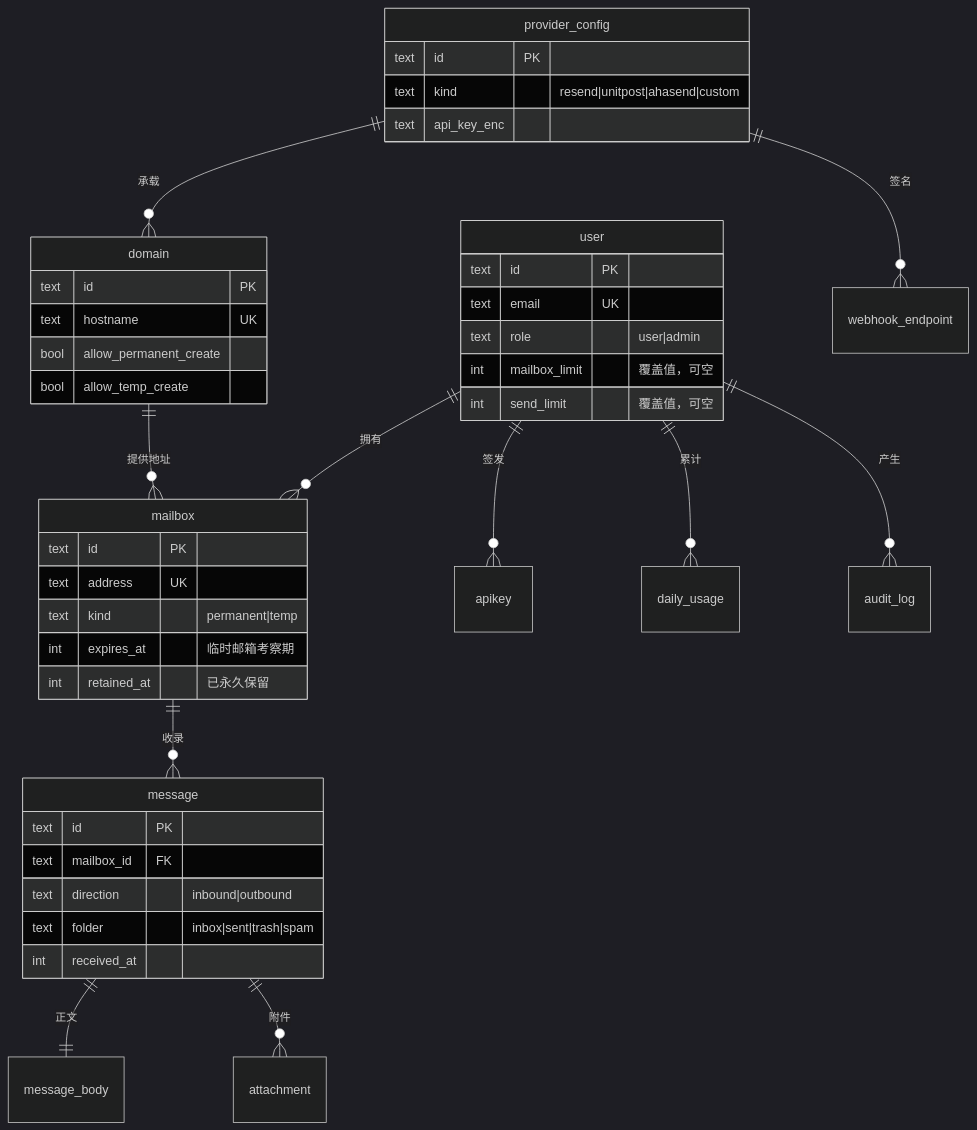
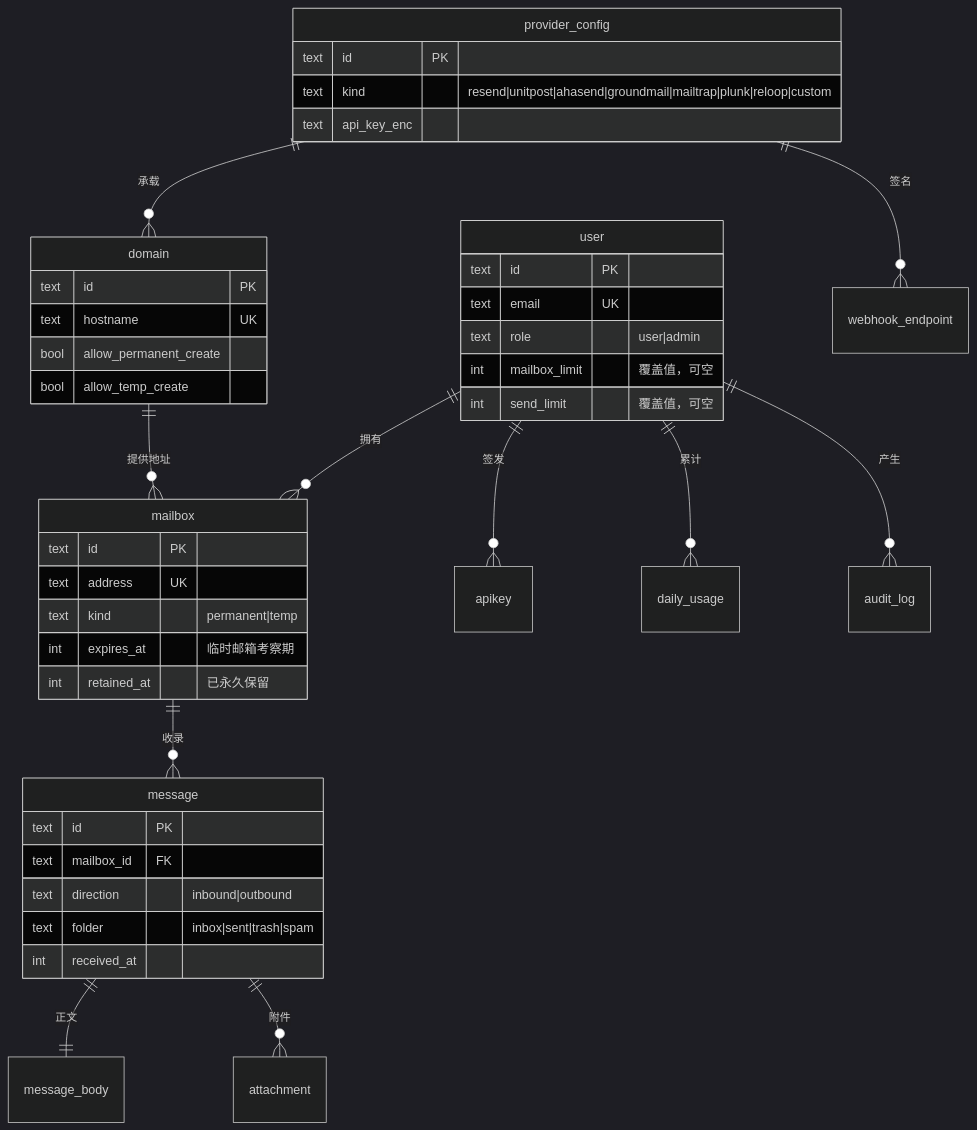
The diagram in docs/architecture.md (uvexz/asms2), drawn with Mermaid (dark theme) before and after one commit. The commit also changed other lines of this file and 9 other files, not shown here.

````diff
--- a/docs/architecture.md
+++ b/docs/architecture.md
@@ -77,46 +79,46 @@
 ```mermaid
 erDiagram
   user ||--o{ mailbox : "拥有"
   user ||--o{ apikey : "签发"
   user ||--o{ daily_usage : "累计"
   user ||--o{ audit_log : "产生"
   provider_config ||--o{ domain : "承载"
   provider_config ||--o{ webhook_endpoint : "签名"
   domain ||--o{ mailbox : "提供地址"
   mailbox ||--o{ message : "收录"
   message ||--|| message_body : "正文"
   message ||--o{ attachment : "附件"
 
   user {
     text id PK
     text email UK
     text role "user|admin"
     int mailbox_limit "覆盖值，可空"
     int send_limit "覆盖值，可空"
   }
   mailbox {
     text id PK
     text address UK
     text kind "permanent|temp"
     int expires_at "临时邮箱考察期"
     int retained_at "已永久保留"
   }
   message {
     text id PK
     text mailbox_id FK
     text direction "inbound|outbound"
     text folder "inbox|sent|trash|spam"
     int received_at
   }
   provider_config {
     text id PK
-    text kind "resend|unitpost|ahasend|custom"
+    text kind "resend|unitpost|ahasend|groundmail|mailtrap|plunk|reloop|custom"
     text api_key_enc
   }
   domain {
     text id PK
     text hostname UK
     bool allow_permanent_create
     bool allow_temp_create
   }
 ```
````
